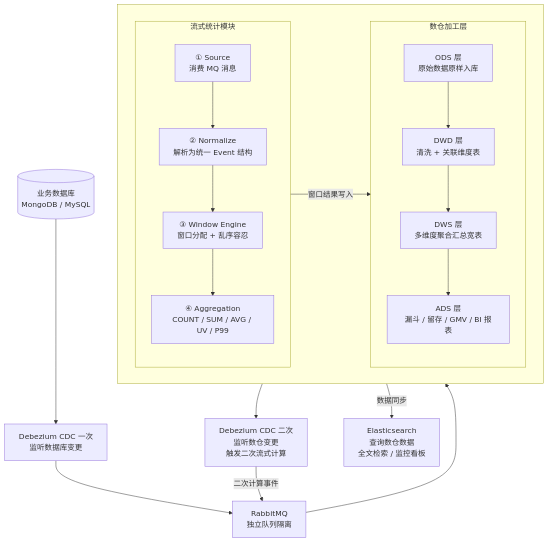
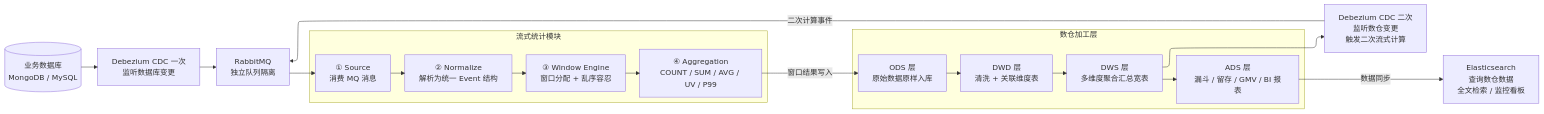
Before and after one commit to EthanScriptOn/strea-doc: the first of 3 diagrams in stream-stats-design.md, drawn with Mermaid. The commit also changed 1 other file, not shown here.

Commit message:
use ELK renderer to fix subgraph direction LR with internal TB

````diff
--- a/stream-stats-design.md
+++ b/stream-stats-design.md
@@ -9,36 +9,35 @@
 ```mermaid
-flowchart TB
+%%{init: {"flowchart": {"defaultRenderer": "elk"}}}%%
+flowchart LR
     DB[("业务数据库<br/>MongoDB / MySQL")]
     DBZ1["Debezium CDC 一次<br/>监听数据库变更"]
     MQ["RabbitMQ<br/>独立队列隔离"]
     DBZ2["Debezium CDC 二次<br/>监听数仓变更<br/>触发二次流式计算"]
     ES["Elasticsearch<br/>查询数仓数据<br/>全文检索 / 监控看板"]
 
     DB --> DBZ1 --> MQ
 
-    subgraph MAIN[" "]
-        direction LR
-        subgraph STREAM["流式统计模块"]
-            direction TB
-            A["① Source<br/>消费 MQ 消息"]
-            B["② Normalize<br/>解析为统一 Event 结构"]
-            C["③ Window Engine<br/>窗口分配 + 乱序容忍"]
-            D["④ Aggregation<br/>COUNT / SUM / AVG / UV / P99"]
-            A --> B --> C --> D
-        end
-        subgraph DW["数仓加工层"]
-            direction TB
-            ODS["ODS 层<br/>原始数据原样入库"]
-            DWD["DWD 层<br/>清洗 + 关联维度表"]
-            DWS["DWS 层<br/>多维度聚合汇总宽表"]
-            ADS["ADS 层<br/>漏斗 / 留存 / GMV / BI 报表"]
-            ODS --> DWD --> DWS --> ADS
-        end
+    subgraph STREAM["流式统计模块"]
+        direction TB
+        A["① Source<br/>消费 MQ 消息"]
+        B["② Normalize<br/>解析为统一 Event 结构"]
+        C["③ Window Engine<br/>窗口分配 + 乱序容忍"]
+        D["④ Aggregation<br/>COUNT / SUM / AVG / UV / P99"]
+        A --> B --> C --> D
+    end
+
+    subgraph DW["数仓加工层"]
+        direction TB
+        ODS["ODS 层<br/>原始数据原样入库"]
+        DWD["DWD 层<br/>清洗 + 关联维度表"]
+        DWS["DWS 层<br/>多维度聚合汇总宽表"]
+        ADS["ADS 层<br/>漏斗 / 留存 / GMV / BI 报表"]
+        ODS --> DWD --> DWS --> ADS
     end
 
     MQ --> A
     D -- "窗口结果写入" --> ODS
     ADS -- "数据同步" --> ES
     DWS --> DBZ2
     DBZ2 -- "二次计算事件" --> MQ
 ```
````
